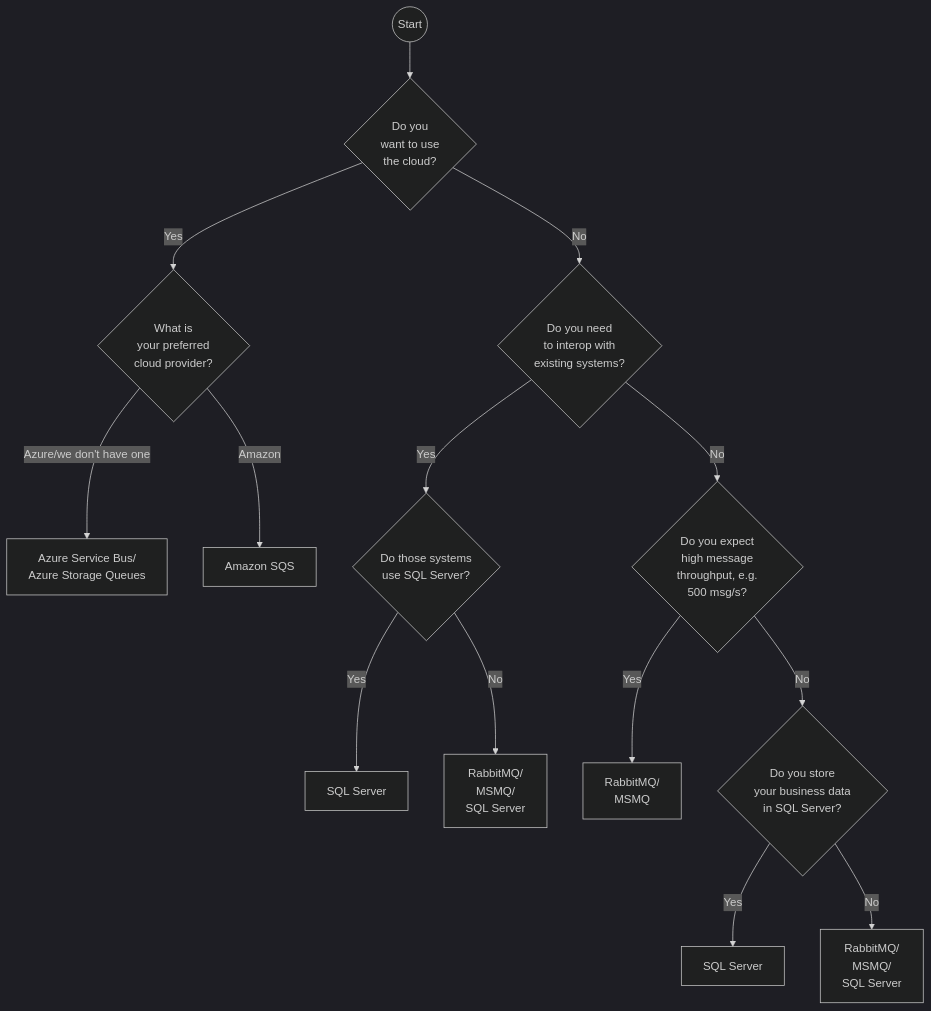
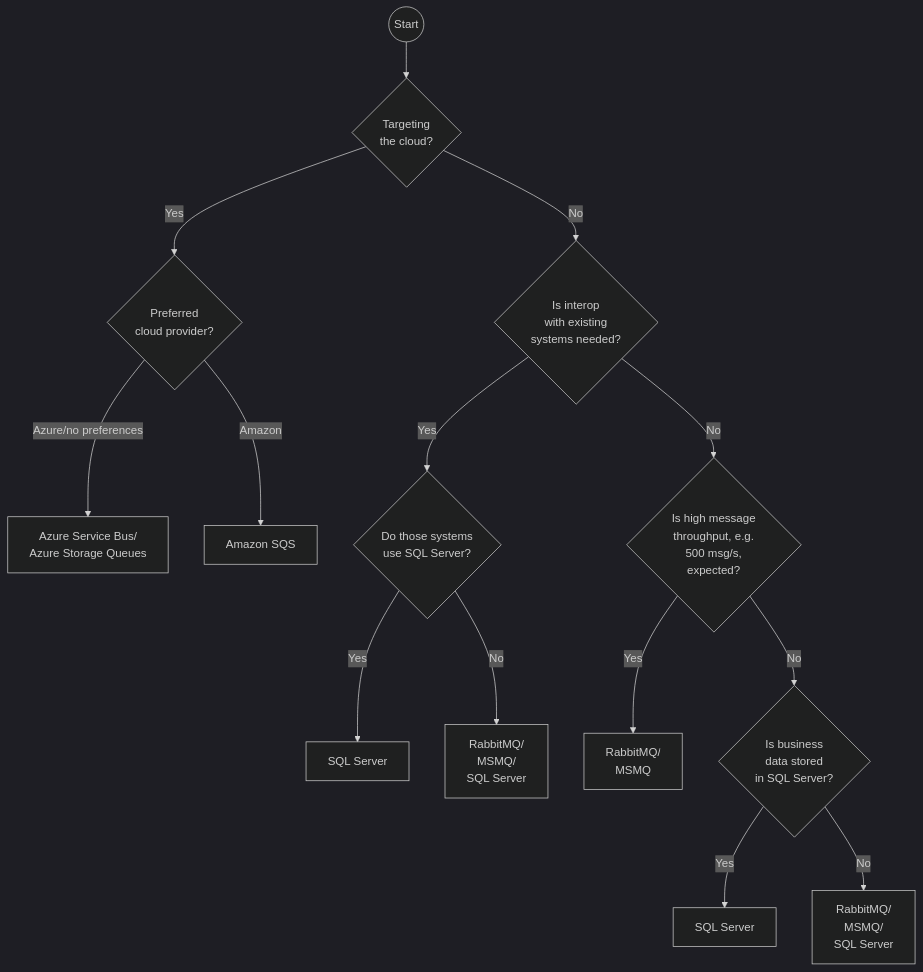
One commit to Particular/docs.particular.net changed the diagram in transports/selecting.md. Above: the diagram before and after it, drawn with Mermaid (dark theme).

Commit message:
Remove personal voice from diagram

````diff
--- a/transports/selecting.md
+++ b/transports/selecting.md
@@ -29,16 +29,16 @@
 ```mermaid
 graph TD
-S((Start))-->Q{<center>Do you<br/>want to use<br/>the cloud?</center>}
-Q-->|Yes|Y{<center>What is<br/>your preferred<br/>cloud provider?</center>}
-Q-->|No|N{<center>Do you need<br/>to interop with<br/>existing systems?</center>}
-Y-->|Azure/we don't have one|Y1[<center>Azure Service Bus/<br/>Azure Storage Queues</center>]
+S((Start))-->Q{<center>Targeting<br/>the cloud?</center>}
+Q-->|Yes|Y{<center>Preferred<br/>cloud provider?</center>}
+Q-->|No|N{<center>Is interop<br/>with existing<br/>systems needed?</center>}
+Y-->|Azure/no preferences|Y1[<center>Azure Service Bus/<br/>Azure Storage Queues</center>]
 Y-->|Amazon|Y2[Amazon SQS]
 N-->|Yes|NY{<center>Do those systems<br/>use SQL Server?</center>}
-N-->|No|NN{<center>Do you expect<br/>high message<br/>throughput, e.g.<br/>500 msg/s?</center>}
+N-->|No|NN{<center>Is high message<br/>throughput, e.g.<br/>500 msg/s,<br/>expected?</center>}
 NY-->|Yes|NYY[SQL Server]
 NY-->|No|NYN[<center>RabbitMQ/<br/>MSMQ/<br/>SQL Server</center>]
 NN-->|Yes|NNY[<center>RabbitMQ/<br/>MSMQ</center>]
-NN-->|No|NNN{<center>Do you store<br/>your business data<br/>in SQL Server?</center>}
+NN-->|No|NNN{<center>Is business<br/>data stored<br/>in SQL Server?</center>}
 NNN-->|Yes|NNNY[SQL Server]
 NNN-->|No|NNNN[<center>RabbitMQ/<br/>MSMQ/<br/>SQL Server</center>]
 ```
````
